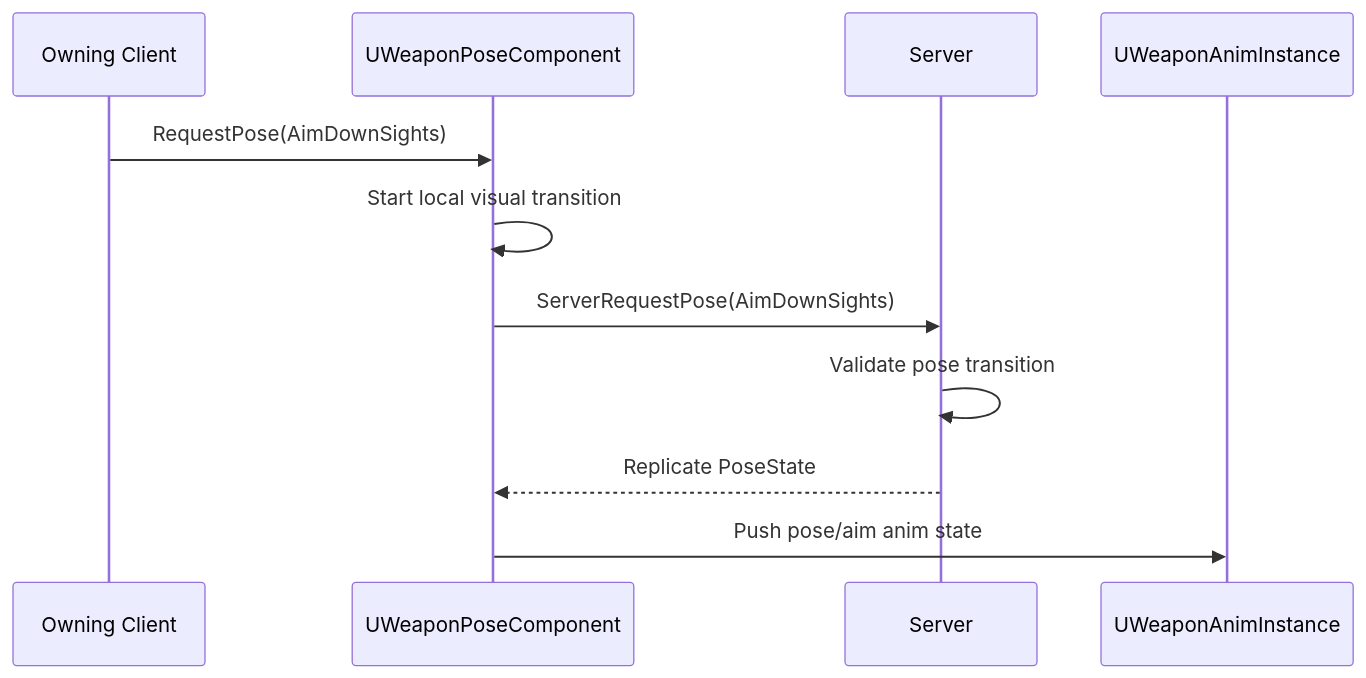
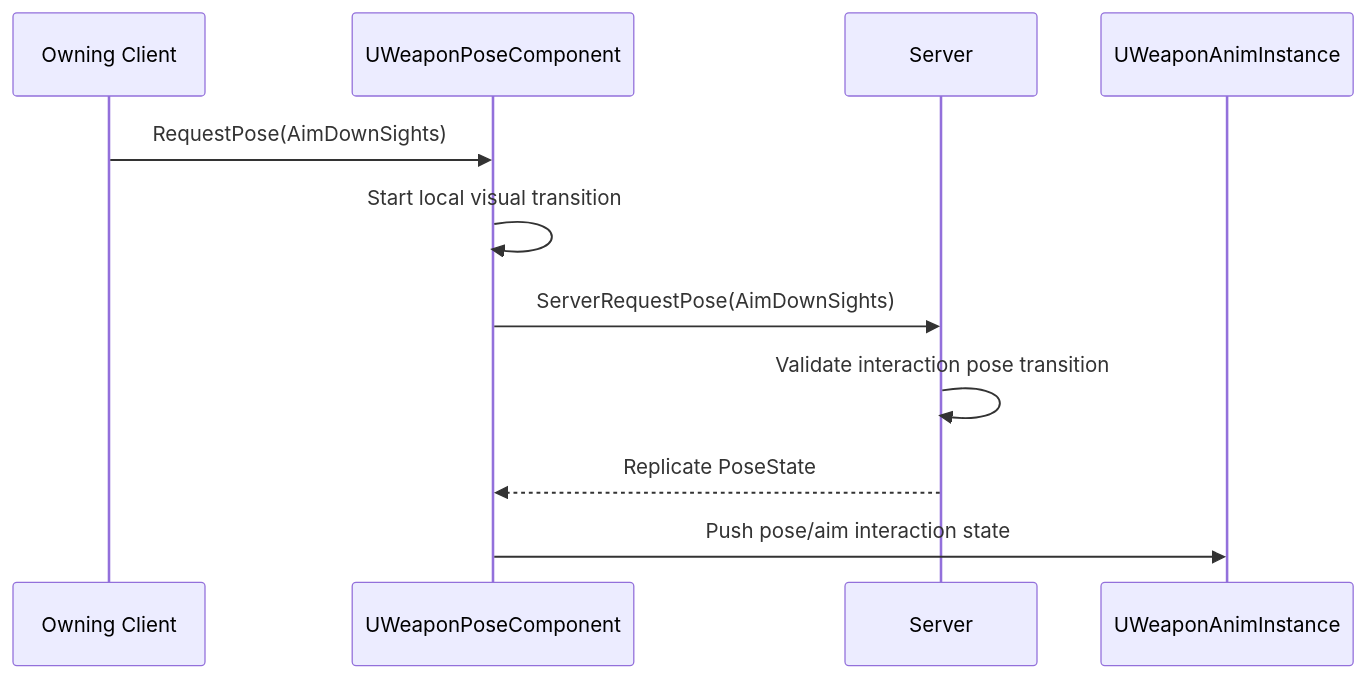
One commit to o-codify/HumanLocomotionSpecificationDocs changed the first of 2 diagrams in docs/12-weapon-interaction/weapon-holding-aiming-ue.md. Above: the diagram before and after it, drawn with Mermaid. The commit also changed other lines of this file, not shown here.

Commit message:
Tighten UE holding aiming implementation to interaction-facing boundaries

````diff
--- a/docs/12-weapon-interaction/weapon-holding-aiming-ue.md
+++ b/docs/12-weapon-interaction/weapon-holding-aiming-ue.md
@@ -312,14 +322,14 @@
 ```mermaid
 sequenceDiagram
     participant C as Owning Client
     participant Pose as UWeaponPoseComponent
     participant S as Server
     participant Anim as UWeaponAnimInstance
 
     C->>Pose: RequestPose(AimDownSights)
     Pose->>Pose: Start local visual transition
     Pose->>S: ServerRequestPose(AimDownSights)
-    S->>S: Validate pose transition
+    S->>S: Validate interaction pose transition
     S-->>Pose: Replicate PoseState
-    Pose->>Anim: Push pose/aim anim state
+    Pose->>Anim: Push pose/aim interaction state
 ```
````
